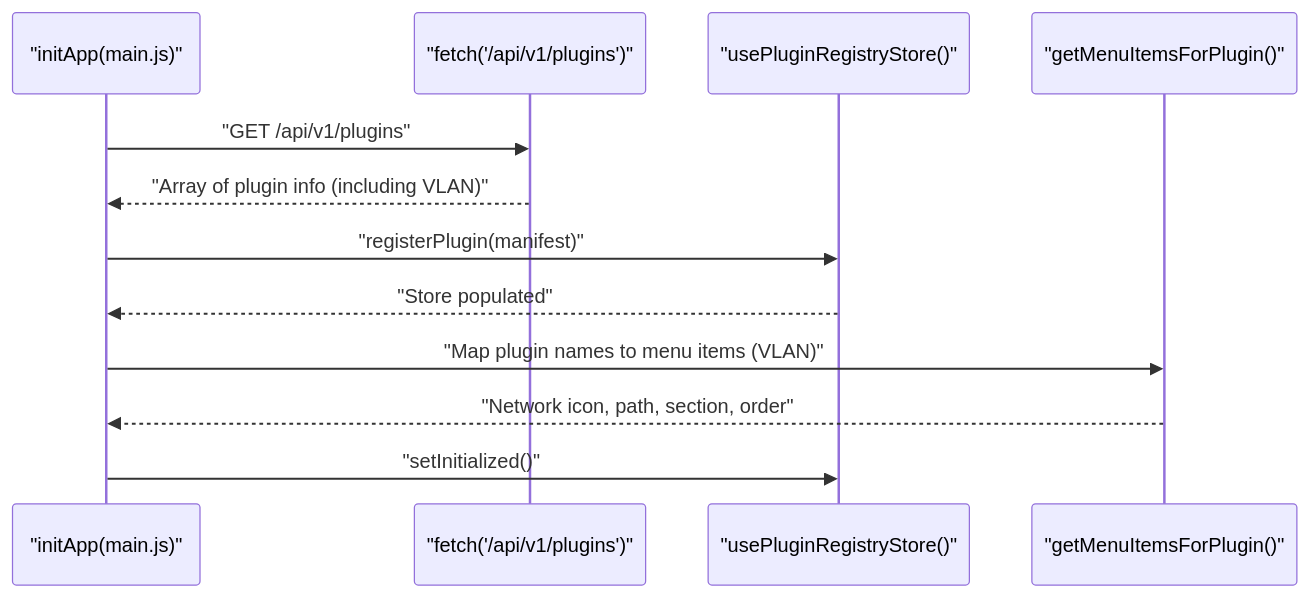
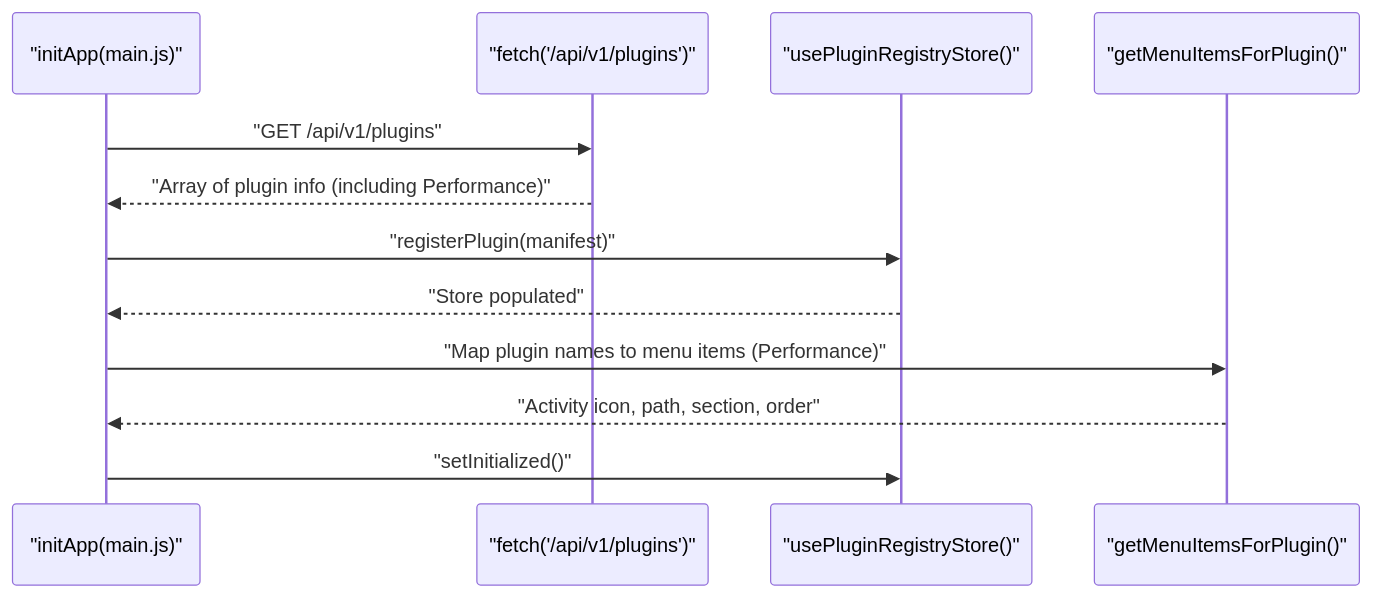
One commit to Nikita5543/New-SSO-02 changed the sixth of 11 diagrams in .qoder/repowiki/en/content/Plugin System Architecture/Frontend Plugin Integration.md. Above: the diagram before and after it, drawn with Mermaid. The commit also changed other lines of this file and 3 other files, not shown here.

````diff
--- a/.qoder/repowiki/en/content/Plugin System Architecture/Frontend Plugin Integration.md
+++ b/.qoder/repowiki/en/content/Plugin System Architecture/Frontend Plugin Integration.md
@@ -285,14 +282,14 @@
 ```mermaid
 sequenceDiagram
 participant Init as "initApp(main.js)"
 participant Fetch as "fetch('/api/v1/plugins')"
 participant Reg as "usePluginRegistryStore()"
 participant Menu as "getMenuItemsForPlugin()"
 Init->>Fetch : "GET /api/v1/plugins"
-Fetch-->>Init : "Array of plugin info (including VLAN)"
+Fetch-->>Init : "Array of plugin info (including Performance)"
 Init->>Reg : "registerPlugin(manifest)"
 Reg-->>Init : "Store populated"
-Init->>Menu : "Map plugin names to menu items (VLAN)"
-Menu-->>Init : "Network icon, path, section, order"
+Init->>Menu : "Map plugin names to menu items (Performance)"
+Menu-->>Init : "Activity icon, path, section, order"
 Init->>Reg : "setInitialized()"
 ```
````
